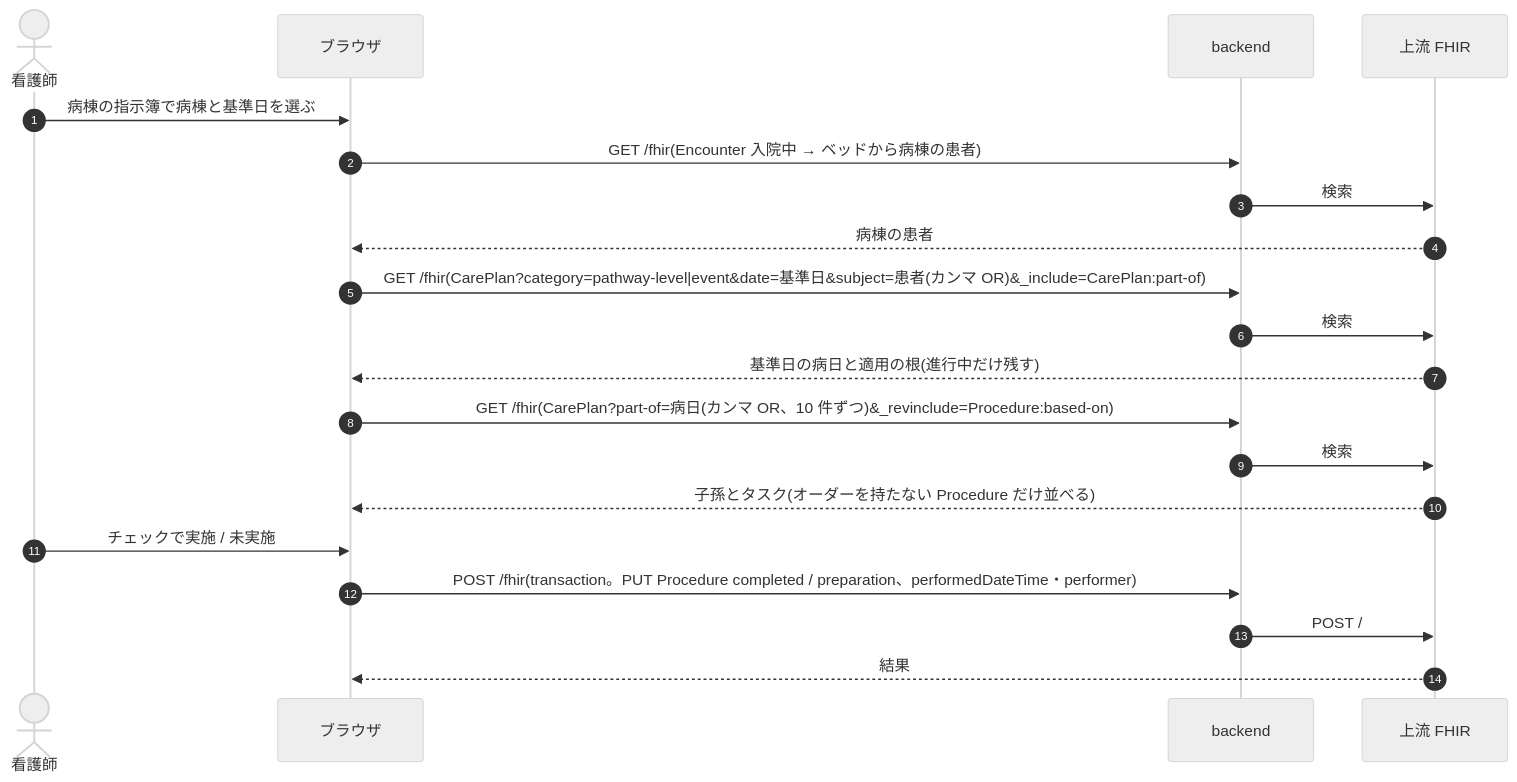
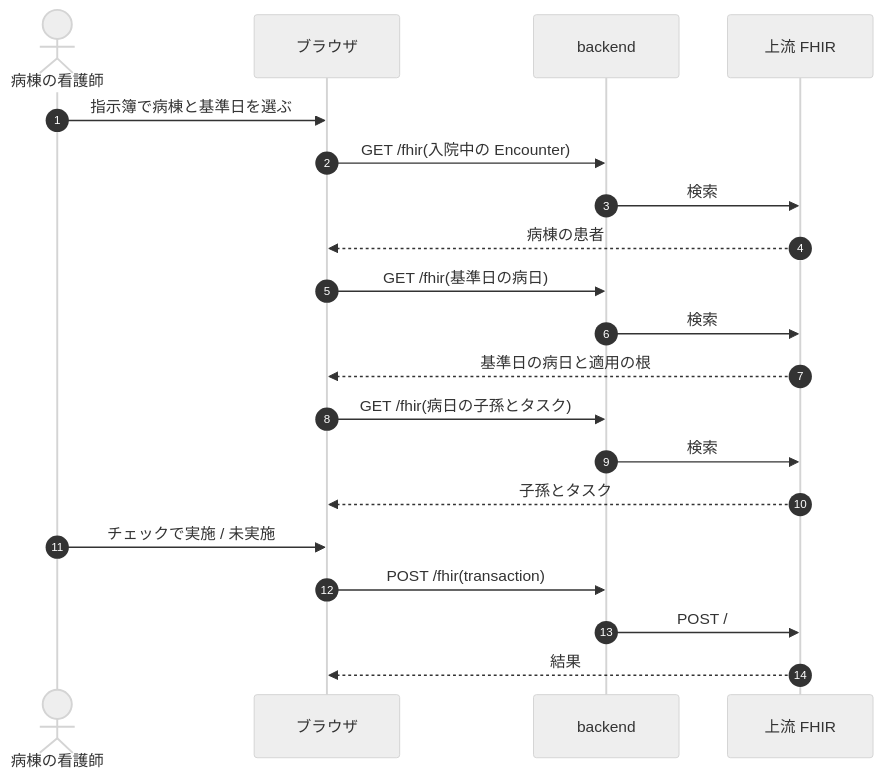
One commit to ysnr-dev/fhir-client-docs changed the eighth of 12 diagrams in docs/dev/clinical-pathway.md. Above: the diagram before and after it, drawn with Mermaid (neutral theme). The commit also changed other lines of this file and 43 other files, not shown here.

Commit message:
docs: 業務フローとシーケンス図を写し直し

````diff
--- a/docs/dev/clinical-pathway.md
+++ b/docs/dev/clinical-pathway.md
@@ -184,23 +492,23 @@
 ```mermaid
 sequenceDiagram
   autonumber
-  actor Ns as 看護師
+  actor Ns as 病棟の看護師
   participant UI as ブラウザ
   participant BE as backend
   participant FHIR as 上流 FHIR
 
-  Ns->>UI: 病棟の指示簿で病棟と基準日を選ぶ
-  UI->>BE: GET /fhir(Encounter 入院中 → ベッドから病棟の患者)
+  Ns->>UI: 指示簿で病棟と基準日を選ぶ
+  UI->>BE: GET /fhir(入院中の Encounter)
   BE->>FHIR: 検索
   FHIR-->>UI: 病棟の患者
-  UI->>BE: GET /fhir(CarePlan?category=pathway-level|event&date=基準日&subject=患者(カンマ OR)&_include=CarePlan:part-of)
+  UI->>BE: GET /fhir(基準日の病日)
   BE->>FHIR: 検索
-  FHIR-->>UI: 基準日の病日と適用の根(進行中だけ残す)
-  UI->>BE: GET /fhir(CarePlan?part-of=病日(カンマ OR、10 件ずつ)&_revinclude=Procedure:based-on)
+  FHIR-->>UI: 基準日の病日と適用の根
+  UI->>BE: GET /fhir(病日の子孫とタスク)
   BE->>FHIR: 検索
-  FHIR-->>UI: 子孫とタスク(オーダーを持たない Procedure だけ並べる)
+  FHIR-->>UI: 子孫とタスク
   Ns->>UI: チェックで実施 / 未実施
-  UI->>BE: POST /fhir(transaction。PUT Procedure completed / preparation、performedDateTime・performer)
+  UI->>BE: POST /fhir(transaction)
   BE->>FHIR: POST /
   FHIR-->>UI: 結果
 ```
````
